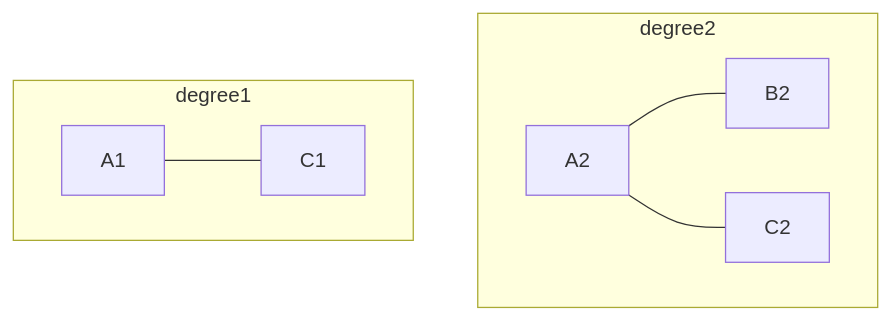
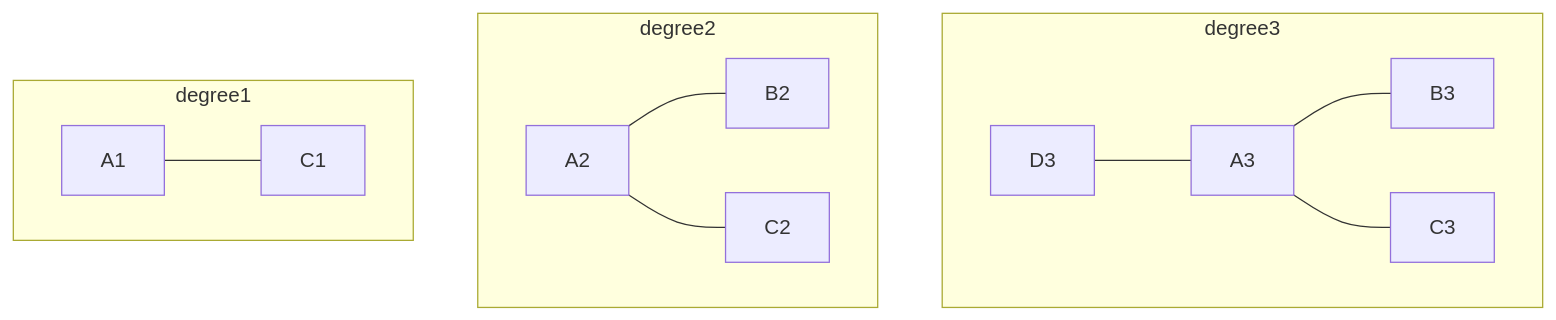
One commit to fuanho/Maximum-leaf-spanning-tree changed the second of 4 diagrams in README.md. Above: the diagram before and after it, drawn with Mermaid. The commit also changed other lines of this file, not shown here.

Commit message:
Fix mermaid issue

````diff
--- a/README.md
+++ b/README.md
@@ -19,10 +21,15 @@
 ```mermaid
     graph TD
+    subgraph degree3
+    A3---B3
+    A3---C3
+    D3---A3
+    end
     subgraph degree2
     A2---B2
     A2---C2
     end
     subgraph degree1
     A1---C1
     end
 ```
````
